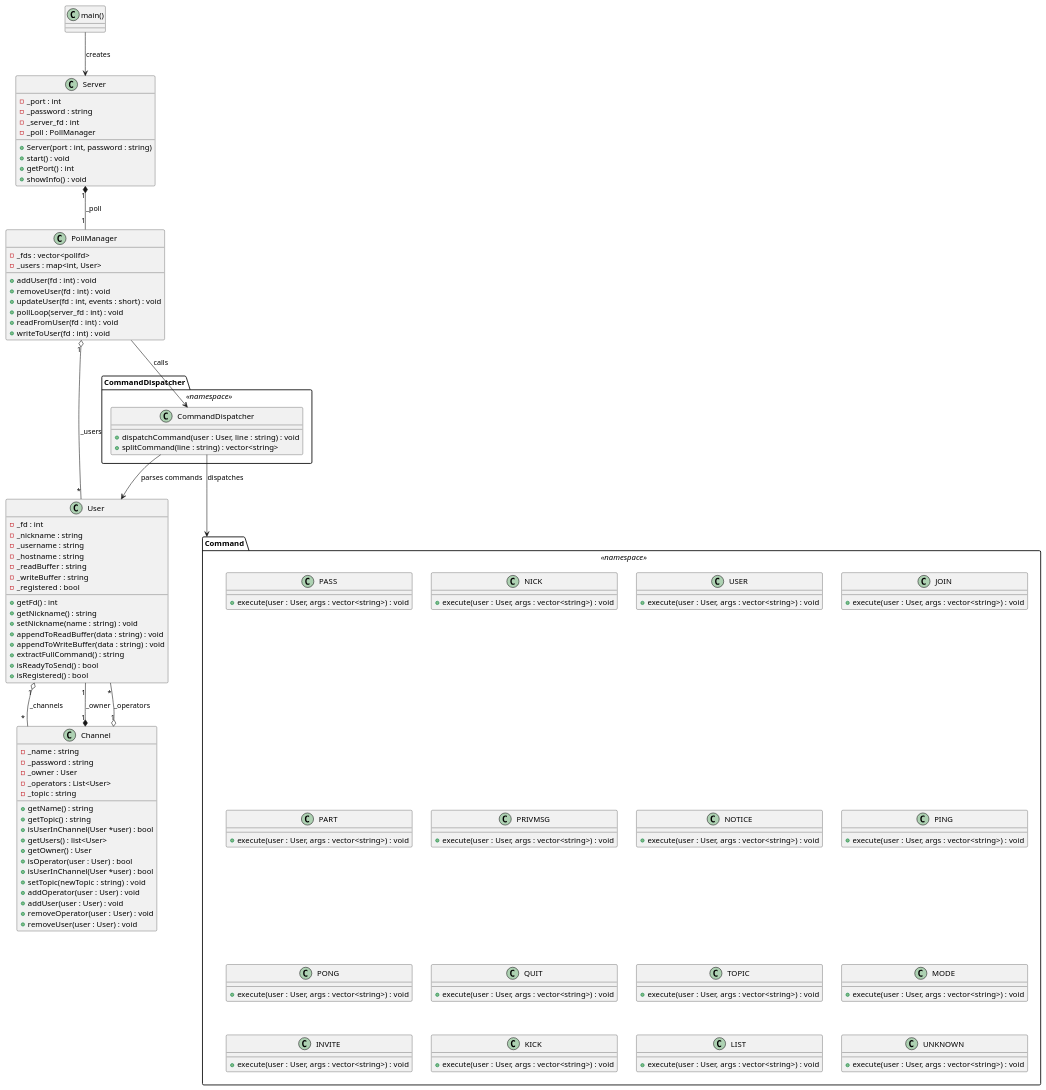
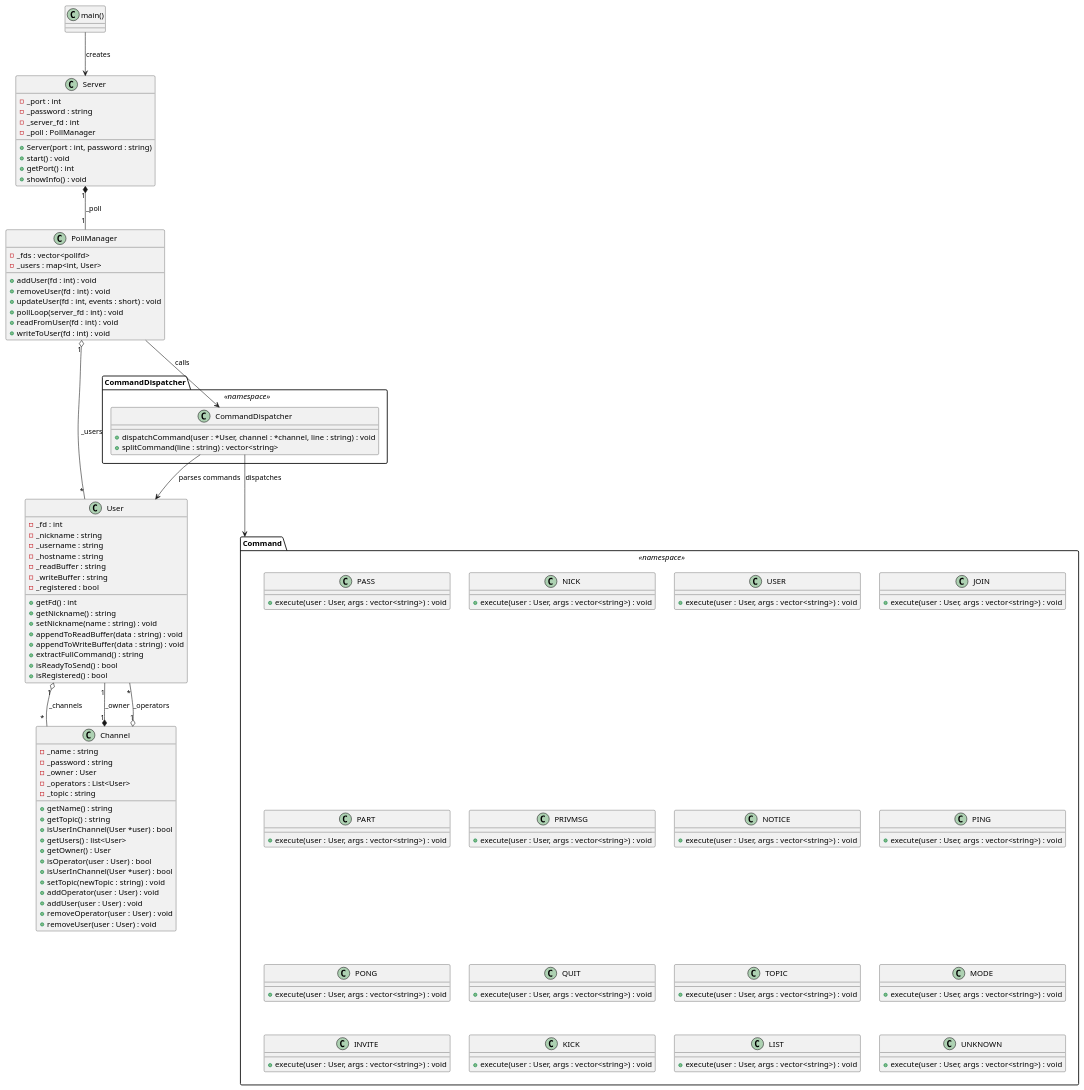
Before and after one commit to EniumRaphael/ft_irc: the diagram in diagram.puml, drawn with PlantUML. The commit also changed 1 other file, not shown here.

Commit message:
feat(commands): channel required to send to command part

```diff
--- a/diagram.puml
+++ b/diagram.puml
@@ -1,161 +1,161 @@
 @startuml "IRC Server - Detailed UML"
 
 ' ========================
 '         ENTRY: main()
 ' ========================
 class "main()"
 
 ' ========================
 '         CLASS: Server
 ' ========================
 class Server {
     - _port : int
     - _password : string
     - _server_fd : int
     - _poll : PollManager
 
     + Server(port : int, password : string)
     + start() : void
     + getPort() : int
     + showInfo() : void
 }
 
 ' ============================
 '         CLASS: PollManager
 ' ============================
 class PollManager {
     - _fds : vector<pollfd>
     - _users : map<int, User>
 
     + addUser(fd : int) : void
     + removeUser(fd : int) : void
     + updateUser(fd : int, events : short) : void
     + pollLoop(server_fd : int) : void
     + readFromUser(fd : int) : void
     + writeToUser(fd : int) : void
 }
 
 ' ========================
 '         CLASS: User
 ' ========================
 class User {
     - _fd : int
     - _nickname : string
     - _username : string
     - _hostname : string
     - _readBuffer : string
     - _writeBuffer : string
     - _registered : bool
 
     + getFd() : int
     + getNickname() : string
     + setNickname(name : string) : void
     + appendToReadBuffer(data : string) : void
     + appendToWriteBuffer(data : string) : void
     + extractFullCommand() : string
     + isReadyToSend() : bool
     + isRegistered() : bool
 }
 
 ' ========================
 '         CLASS: Channel
 ' ========================
 class Channel {
     - _name : string
     - _password : string
     - _owner : User
     - _operators : List<User>
     - _topic : string
 
     + getName() : string
 	+ getTopic() : string
 	+ isUserInChannel(User *user) : bool
 	+ getUsers() : list<User>
 	+ getOwner() : User
     + isOperator(user : User) : bool
 	+ isUserInChannel(User *user) : bool
     + setTopic(newTopic : string) : void
     + addOperator(user : User) : void
 	+ addUser(user : User) : void
     + removeOperator(user : User) : void
 	+ removeUser(user : User) : void
 }
 
 ' ====================================
 '  NAMESPACE: CommandDispatcher (static)
 ' ====================================
 package "CommandDispatcher" <<namespace>> {
     class CommandDispatcher {
-        + dispatchCommand(user : User, line : string) : void
+        + dispatchCommand(user : *User, channel : *channel, line : string) : void
         + splitCommand(line : string) : vector<string>
     }
 }
 
 ' =============================
 '      NAMESPACE: Command
 ' =============================
 package "Command" <<namespace>> {
     class PASS {
         + execute(user : User, args : vector<string>) : void
     }
     class NICK {
         + execute(user : User, args : vector<string>) : void
     }
     class USER {
         + execute(user : User, args : vector<string>) : void
     }
     class JOIN {
         + execute(user : User, args : vector<string>) : void
     }
     class PART {
         + execute(user : User, args : vector<string>) : void
     }
     class PRIVMSG {
         + execute(user : User, args : vector<string>) : void
     }
     class NOTICE {
         + execute(user : User, args : vector<string>) : void
     }
     class PING {
         + execute(user : User, args : vector<string>) : void
     }
     class PONG {
         + execute(user : User, args : vector<string>) : void
     }
     class QUIT {
         + execute(user : User, args : vector<string>) : void
     }
     class TOPIC {
         + execute(user : User, args : vector<string>) : void
     }
     class MODE {
         + execute(user : User, args : vector<string>) : void
     }
     class INVITE {
         + execute(user : User, args : vector<string>) : void
     }
     class KICK {
         + execute(user : User, args : vector<string>) : void
     }
     class LIST {
         + execute(user : User, args : vector<string>) : void
     }
     class UNKNOWN {
         + execute(user : User, args : vector<string>) : void
     }
 }
 
 ' ========================
 '         RELATIONS
 ' ========================
 "main()" --> Server : creates
 Server "1" *-- "1" PollManager : _poll
 PollManager "1" o-- "*" User : _users
 User "1" o-- "*" Channel : _channels
 Channel "1" *-- "1" User : _owner
 Channel "1" o-- "*" User : _operators
 PollManager --> CommandDispatcher.CommandDispatcher : calls
 CommandDispatcher.CommandDispatcher --> Command : dispatches
 CommandDispatcher.CommandDispatcher --> User : parses commands
 
 @enduml
```
